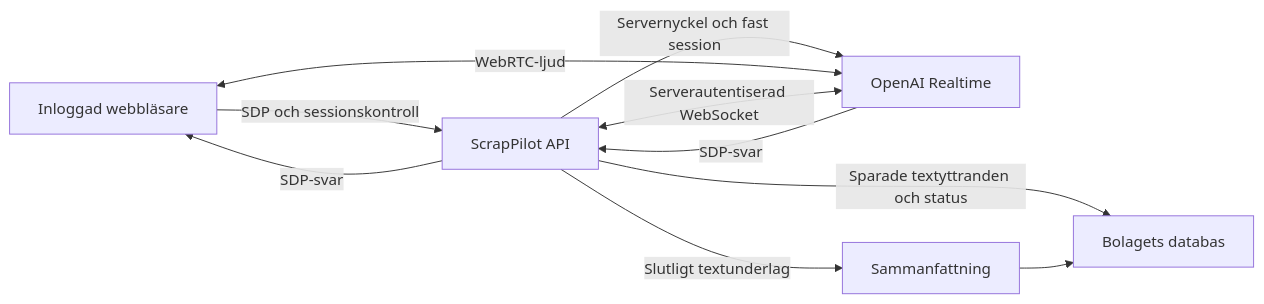
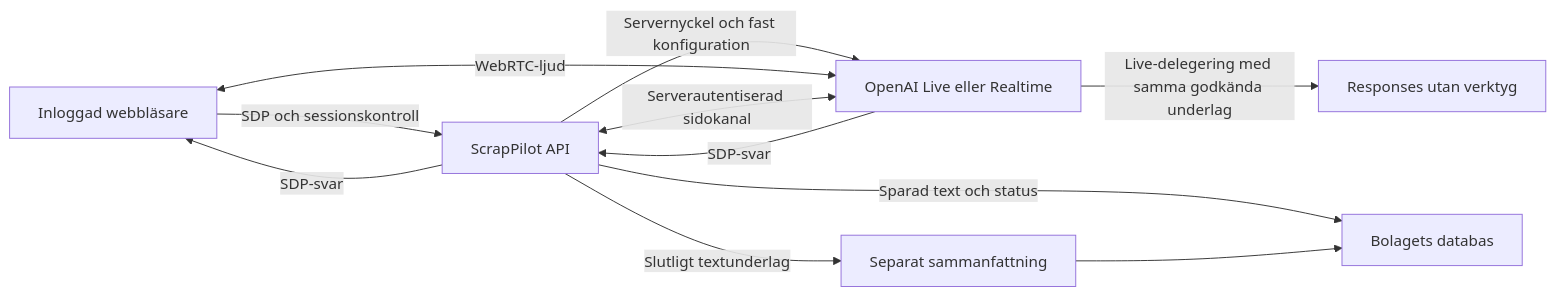
Before and after one commit to NicklasJr93/JEROC-Atervinning: the diagram in docs/integrationer/openai-rosttest.md, drawn with Mermaid. The commit also changed other lines of this file and 20 other files, not shown here.

````diff
--- a/docs/integrationer/openai-rosttest.md
+++ b/docs/integrationer/openai-rosttest.md
@@ -254,12 +310,13 @@
 ```mermaid
 flowchart LR
   B[Inloggad webbläsare] -->|SDP och sessionskontroll| A[ScrapPilot API]
-  A -->|Servernyckel och fast session| O[OpenAI Realtime]
+  A -->|Servernyckel och fast konfiguration| O[OpenAI Live eller Realtime]
   O -->|SDP-svar| A
   A -->|SDP-svar| B
   B <-->|WebRTC-ljud| O
-  A <-->|Serverautentiserad WebSocket| O
-  A -->|Sparade textyttranden och status| D[Bolagets databas]
-  A -->|Slutligt textunderlag| S[Sammanfattning]
+  A <-->|Serverautentiserad sidokanal| O
+  O -->|Live-delegering med samma godkända underlag| R[Responses utan verktyg]
+  A -->|Sparad text och status| D[Bolagets databas]
+  A -->|Slutligt textunderlag| S[Separat sammanfattning]
   S --> D
 ```
````
